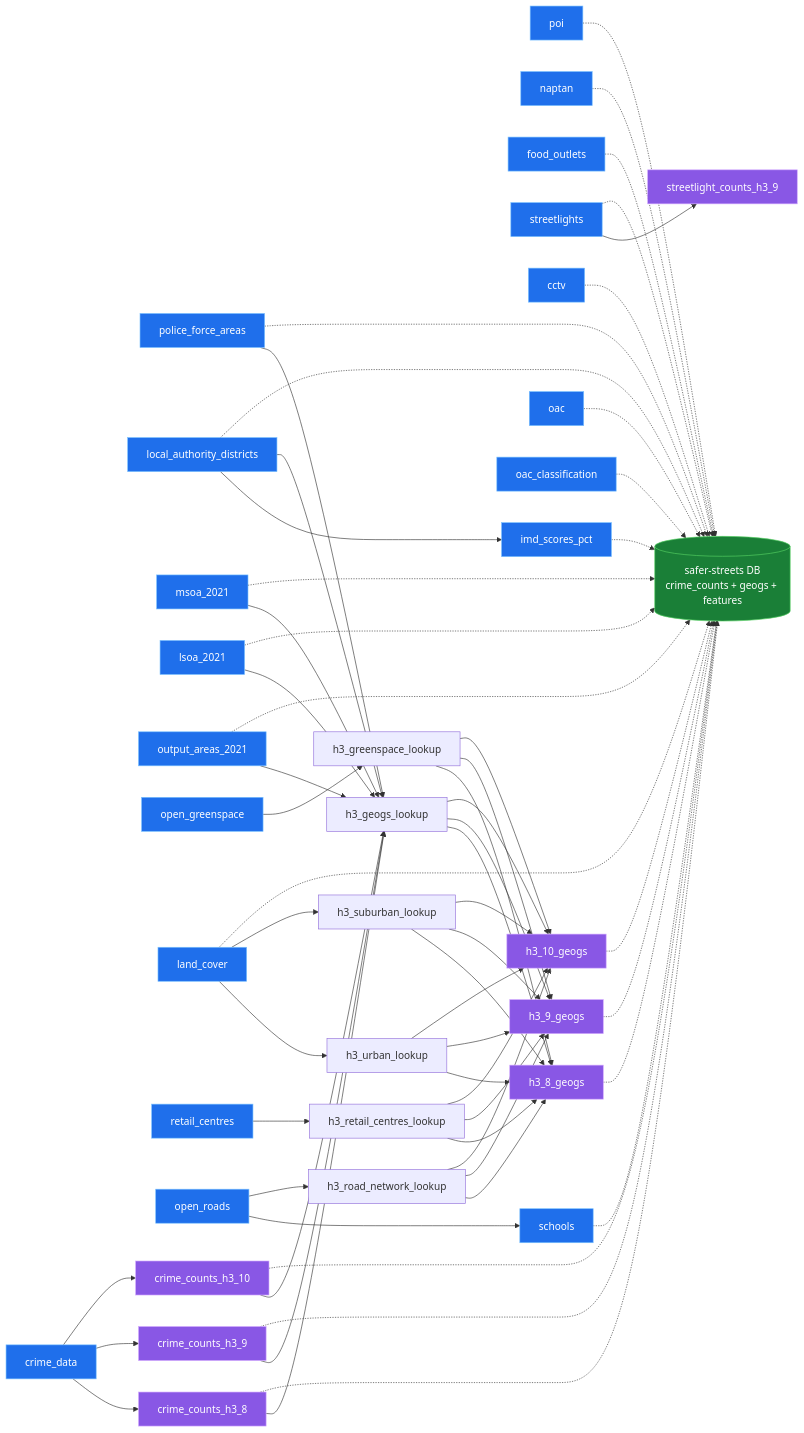
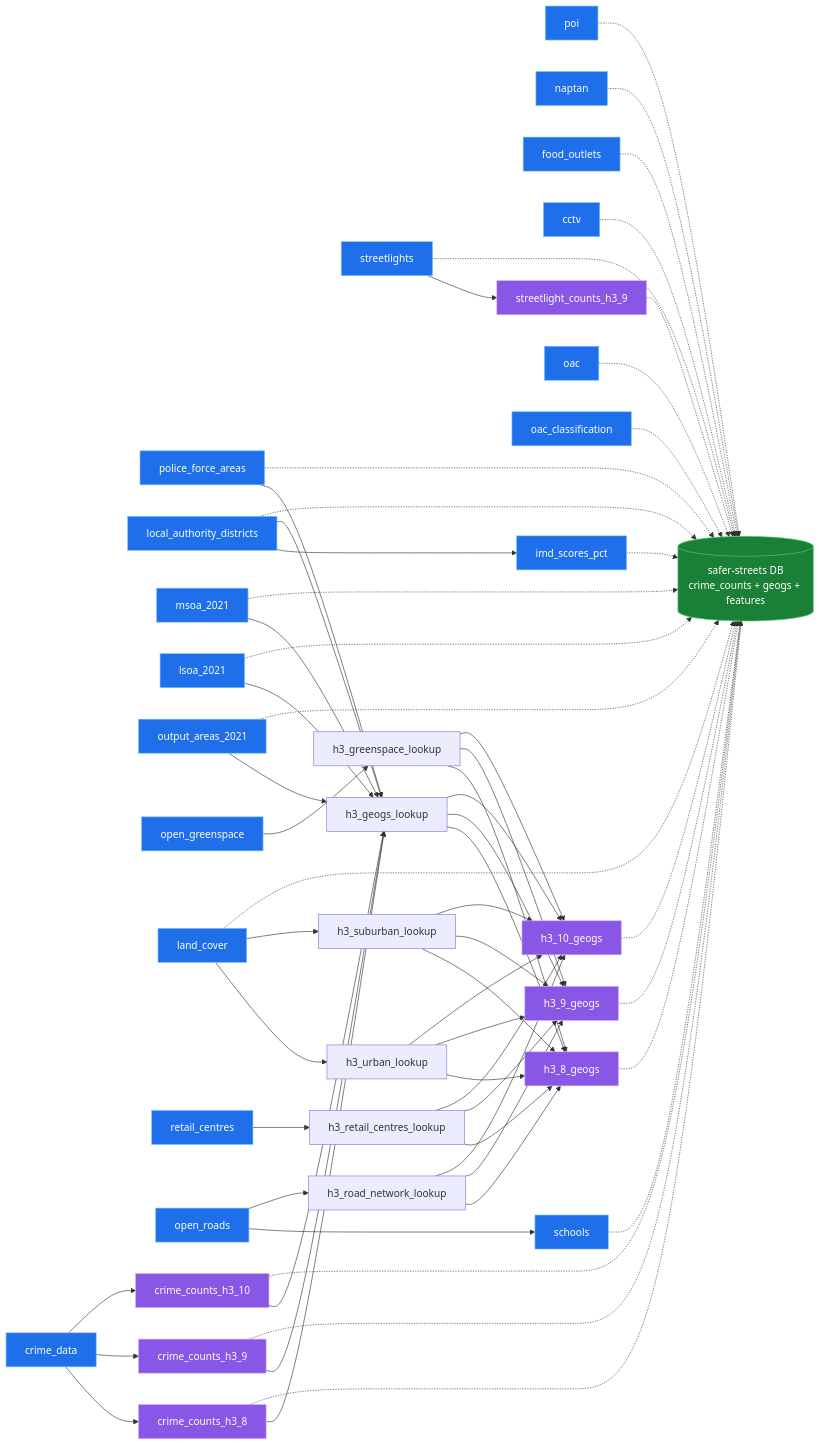
One commit to safer-streets/safer-streets-tooling changed the diagram in README.md. Above: the diagram before and after it, drawn with Mermaid. The commit also changed other lines of this file and 2 other files, not shown here.

First line of the commit message:
feat: include streetlight_counts_h3_9 in the default DB

```diff
--- a/README.md
+++ b/README.md
@@ -127,6 +127,7 @@
     crime_counts_h3_8 -.-> database
     crime_counts_h3_9 -.-> database
     crime_counts_h3_10 -.-> database
+    streetlight_counts_h3_9 -.-> database
     h3_8_geogs -.-> database
     h3_9_geogs -.-> database
     h3_10_geogs -.-> database
```
